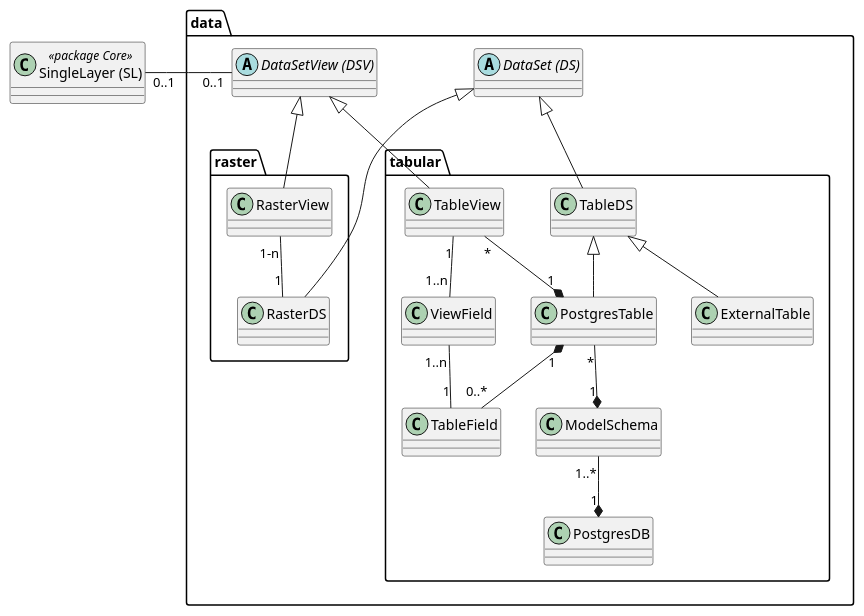
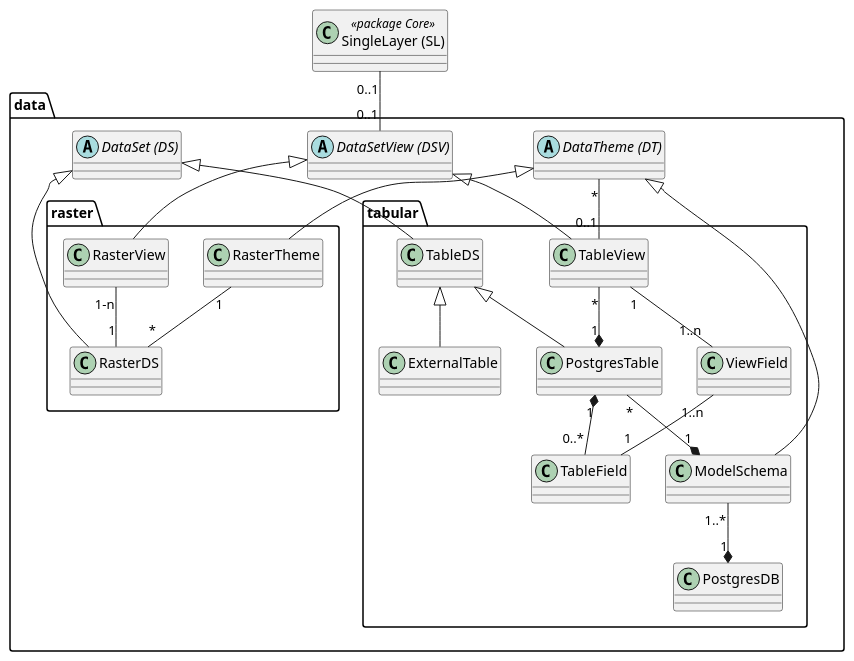
The diagram in puml/src/simi_data.puml (simi-so/mm), drawn with PlantUML before and after one commit. The commit also changed 6 other files, not shown here.

Commit message:
added new class DataTheme

```diff
--- a/puml/src/simi_data.puml
+++ b/puml/src/simi_data.puml
@@ -1,49 +1,53 @@
 @startuml
 class "SingleLayer (SL)" as sl << package Core >>
+package data {
+    abstract class "DataSetView (DSV)" as dsv
+    abstract class "DataSet (DS)" as ds
+    abstract class "DataTheme (DT)" as dt
 
-package data {
+    package tabular {
+        class "TableView" as tv
+        class "TableDS" as tds
+        class "PostgresTable" as pt
+        class "ExternalTable" as et
+        class "TableDS" as tds
+        class "PostgresDB" as pdb
+        class "TableField" as tf
+        class "ViewField" as vf
+        class "ModelSchema" as ms
 
-abstract class "DataSetView (DSV)" as dsv
-abstract class "DataSet (DS)" as ds
+        tds <|-- pt
+        tds <|-- et
 
-package tabular {
-class "TableView" as tv
-class "TableDS" as tds
-class "PostgresTable" as pt
-class "ExternalTable" as et
-class "TableDS" as tds
-class "PostgresDB" as pdb
-class "TableField" as tf
-class "ViewField" as vf
-class "ModelSchema" as ms
+        tv "*" --* "1" pt
 
-tds <|-- pt
-tds <|-- et
+        pt "*" --* "1" ms
+        pt "1" *-- "0..*" tf
 
-sl "0..1" -right- "0..1" dsv : "               "
+        tv "1" -- "1..n" vf
+        vf "1..n" -- "1" tf
 
-tv "*" --* "1" pt
+        ms "1..*" --* "1" pdb
+    }
 
-pt "*" --* "1" ms
-pt "1" *-- "0..*" tf
+    package "raster"{
+        class "RasterTheme" as rt
+        class "RasterView" as rv
+        class "RasterDS" as rds
 
-tv "1" -- "1..n" vf
-vf "1..n" -- "1" tf
+        rt "1" -- "*" rds
+        rv "1-n" -- "1" rds
+    }
+    dt "*" -- "0..1" tv
 
-ms "1..*" --* "1" pdb
+    dt <|-- ms
+    dt <|-- rt
+
+    dsv <|-- rv
+    dsv <|-- tv
+
+    ds <|-- rds
+    ds <|-- tds
 }
-
-package "raster"{
-class "RasterView" as rv
-class "RasterDS" as rds
-
-rv "1-n" -- "1" rds
-}
-}
-
-dsv <|-- rv
-dsv <|-- tv
-
-ds <|-- rds
-ds <|-- tds
+sl "0..1" -- "0..1" dsv
 @enduml
```
